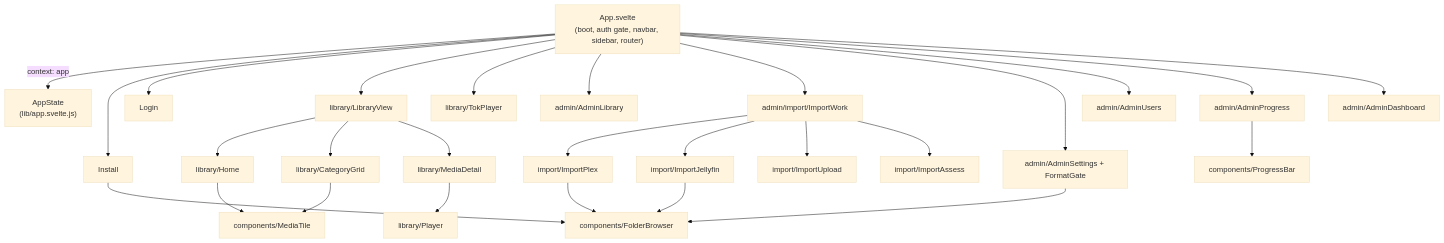
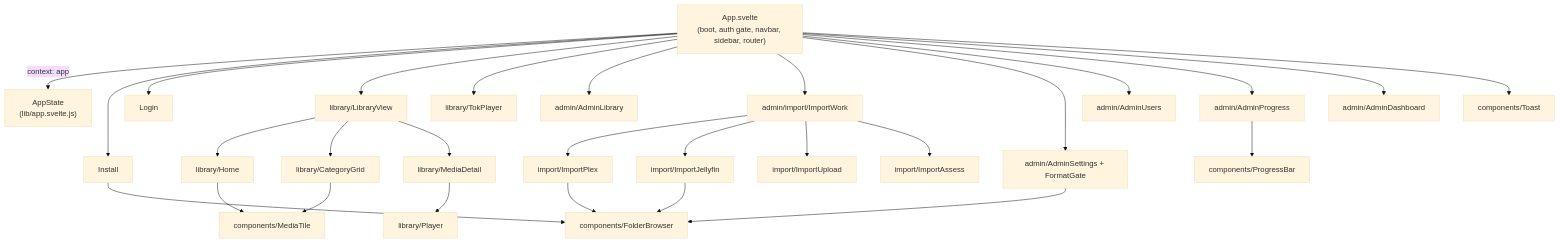
One commit to xuedi/FileFin changed the diagram in docs/frontend.md. Above: the diagram before and after it, drawn with Mermaid (base theme). The commit also changed other lines of this file and 8 other files, not shown here.

````diff
--- a/docs/frontend.md
+++ b/docs/frontend.md
@@ -36,32 +36,33 @@
 ```mermaid
 flowchart TD
   App["App.svelte<br/>(boot, auth gate, navbar, sidebar, router)"] -->|context: app| State["AppState<br/>(lib/app.svelte.js)"]
   App --> Install
   App --> Login
   App --> Lib["library/LibraryView"]
   App --> Tok["library/TokPlayer"]
   App --> AdminLib["admin/AdminLibrary"]
   App --> ImportWork["admin/import/ImportWork"]
   App --> Settings["admin/AdminSettings + FormatGate"]
   App --> Users["admin/AdminUsers"]
   App --> Progress["admin/AdminProgress"]
   App --> Dash["admin/AdminDashboard"]
+  App --> ToastC["components/Toast"]
 
   Lib --> Home["library/Home"]
   Lib --> Cat["library/CategoryGrid"]
   Lib --> Detail["library/MediaDetail"]
   Detail --> Player["library/Player"]
   Home --> Tile["components/MediaTile"]
   Cat --> Tile
 
   ImportWork --> IPlex["import/ImportPlex"]
   ImportWork --> IJelly["import/ImportJellyfin"]
   ImportWork --> IUp["import/ImportUpload"]
   ImportWork --> IAssess["import/ImportAssess"]
 
   Install --> FB["components/FolderBrowser"]
   Settings --> FB
   IPlex --> FB
   IJelly --> FB
   Progress --> PB["components/ProgressBar"]
 ```
````
